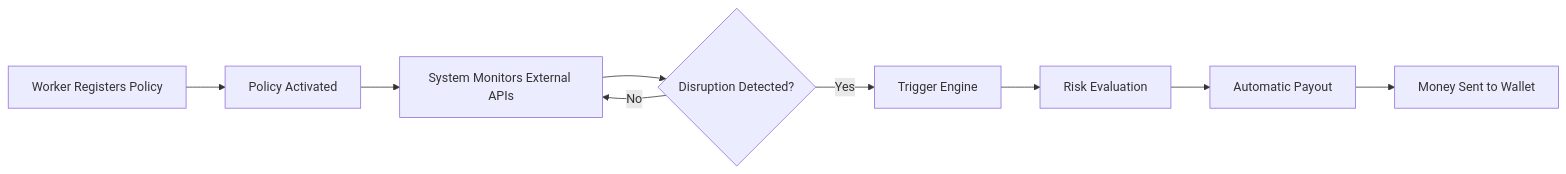
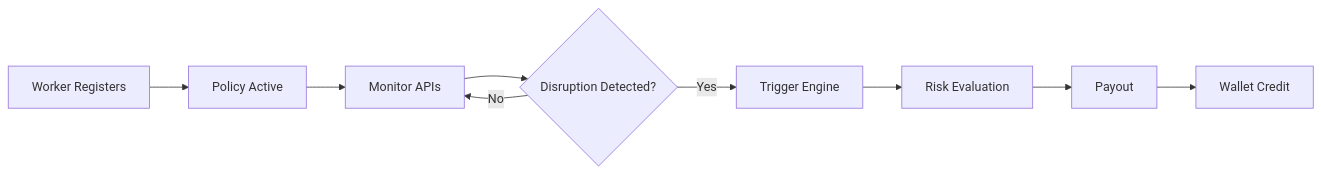
Before and after one commit to ed6095-web/Guidewire-DEVTrails-2026: the second of 4 diagrams in README.md, drawn with Mermaid. The commit also changed other lines of this file, not shown here.

````diff
--- a/README.md
+++ b/README.md
@@ -115,11 +98,11 @@
 ```mermaid
 flowchart LR
-A[Worker Registers Policy] --> B[Policy Activated]
-B --> C[System Monitors External APIs]
+A[Worker Registers] --> B[Policy Active]
+B --> C[Monitor APIs]
 C --> D{Disruption Detected?}
 D -- No --> C
 D -- Yes --> E[Trigger Engine]
 E --> F[Risk Evaluation]
-F --> G[Automatic Payout]
-G --> H[Money Sent to Wallet]
+F --> G[Payout]
+G --> H[Wallet Credit]
 ```
````
